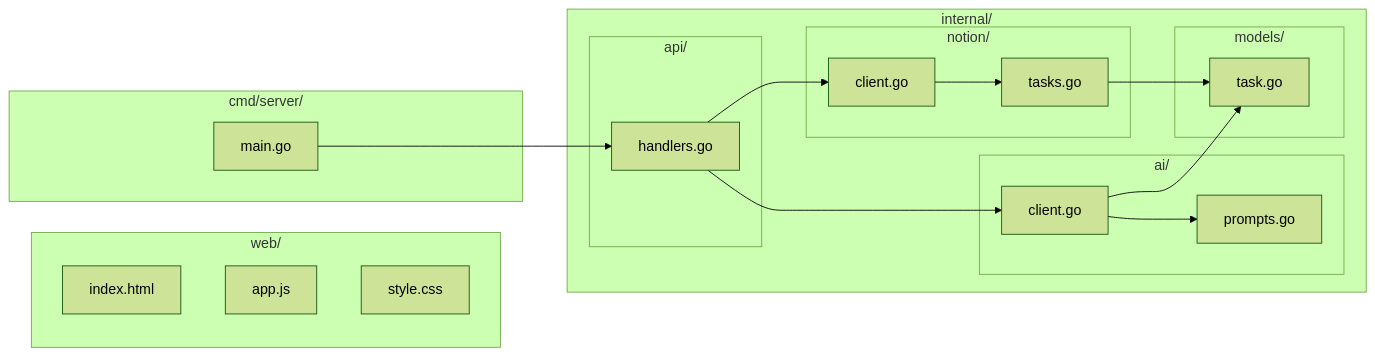
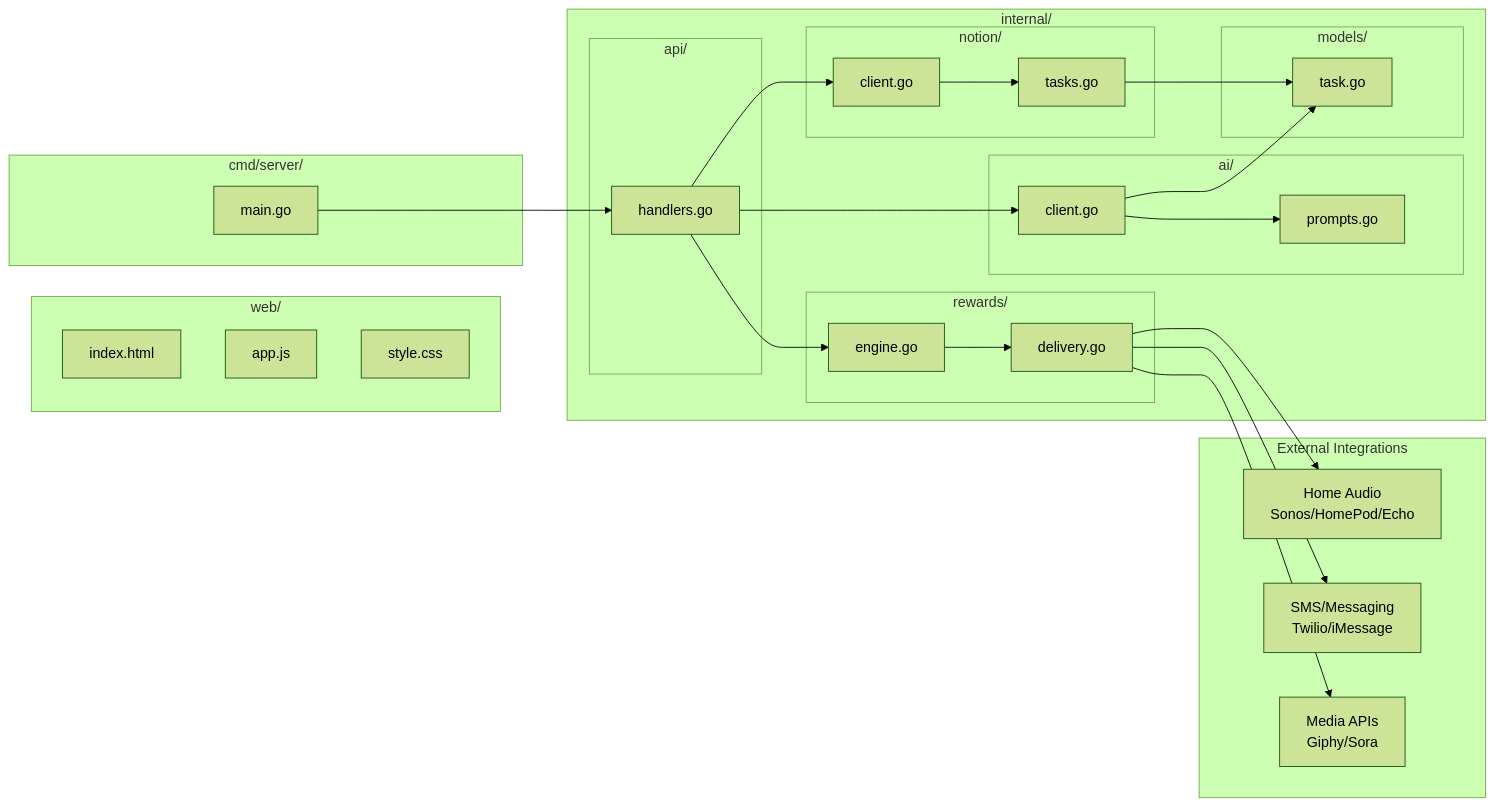
The second of 5 diagrams in docs/architecture.md (NickBorgers/hide-my-list), drawn with Mermaid (forest theme) before and after one commit. The commit also changed other lines of this file and 3 other files, not shown here.

````diff
--- a/docs/architecture.md
+++ b/docs/architecture.md
@@ -35,37 +35,52 @@
 ```mermaid
 flowchart LR
     subgraph Frontend["web/"]
         HTML[index.html]
         JS[app.js]
         CSS[style.css]
     end
 
     subgraph Backend["internal/"]
         subgraph api["api/"]
             Handlers[handlers.go]
         end
         subgraph ai["ai/"]
             AIClient[client.go]
             Prompts[prompts.go]
         end
         subgraph notion["notion/"]
             NotionClient[client.go]
             Tasks[tasks.go]
         end
         subgraph models["models/"]
             Task[task.go]
         end
+        subgraph rewards["rewards/"]
+            RewardEngine[engine.go]
+            RewardDelivery[delivery.go]
+        end
     end
 
     subgraph Entry["cmd/server/"]
         Main[main.go]
     end
 
+    subgraph Integrations["External Integrations"]
+        HomeAudio[Home Audio<br/>Sonos/HomePod/Echo]
+        SMS[SMS/Messaging<br/>Twilio/iMessage]
+        MediaAPIs[Media APIs<br/>Giphy/Sora]
+    end
+
     Main --> Handlers
     Handlers --> AIClient
     Handlers --> NotionClient
+    Handlers --> RewardEngine
     AIClient --> Prompts
     NotionClient --> Tasks
     Tasks --> Task
     AIClient --> Task
+    RewardEngine --> RewardDelivery
+    RewardDelivery --> HomeAudio
+    RewardDelivery --> SMS
+    RewardDelivery --> MediaAPIs
 ```
````
